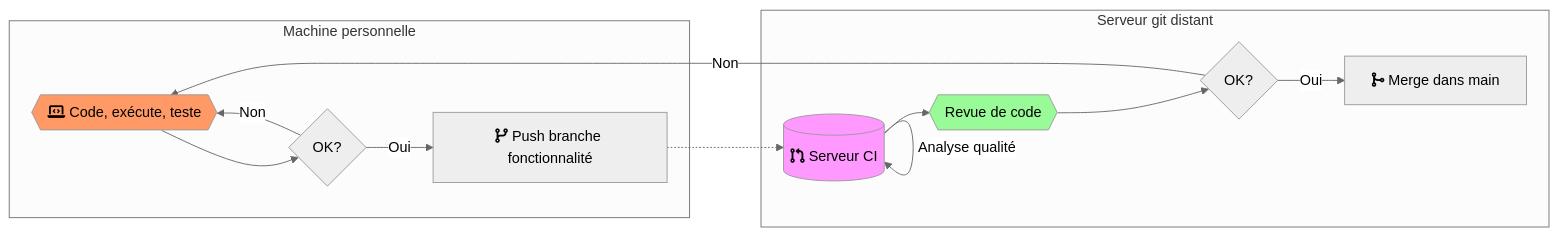
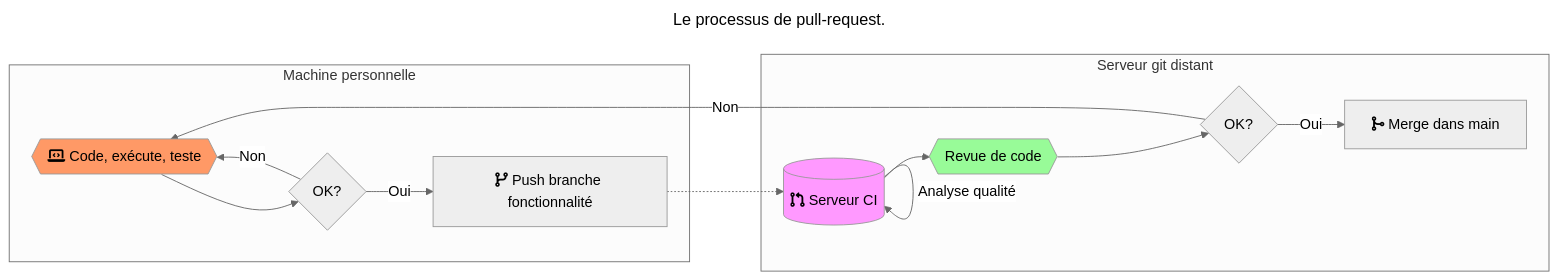
Before and after one commit to tavenel/website: diagram 13 of 16 in src/pages/cours/git/git-cours.md, drawn with Mermaid (neutral theme). The commit also changed other lines of this file and 2 other files, not shown here.

Commit message:
fix mermaid diagrams

````diff
--- a/src/pages/cours/git/git-cours.md
+++ b/src/pages/cours/git/git-cours.md
@@ -578,17 +586,21 @@
 ```mermaid
+---
+title: Le processus de pull-request.
+---
+
 graph LR
   subgraph Machine personnelle
     A1{{fa:fa-laptop-code Code, exécute, teste}}-->A2{OK?}-->|Oui|A3[fa:fa-code-branch Push branche fonctionnalité]
     A2-->|Non|A1
   end
 
   subgraph Serveur git distant
     A3-.->B1[(fa:fa-code-pull-request Serveur CI)]--Analyse qualité-->B1
     B1-->B2{{Revue de code}}-->B3{OK?}-->|Oui|B4[fa:fa-code-merge Merge dans main]
     B3-->|Non|A1
   end
 
 style A1 fill:#f96;
 style B1 fill:#f9f;
 style B2 fill:#98fb98;
 ```
````
